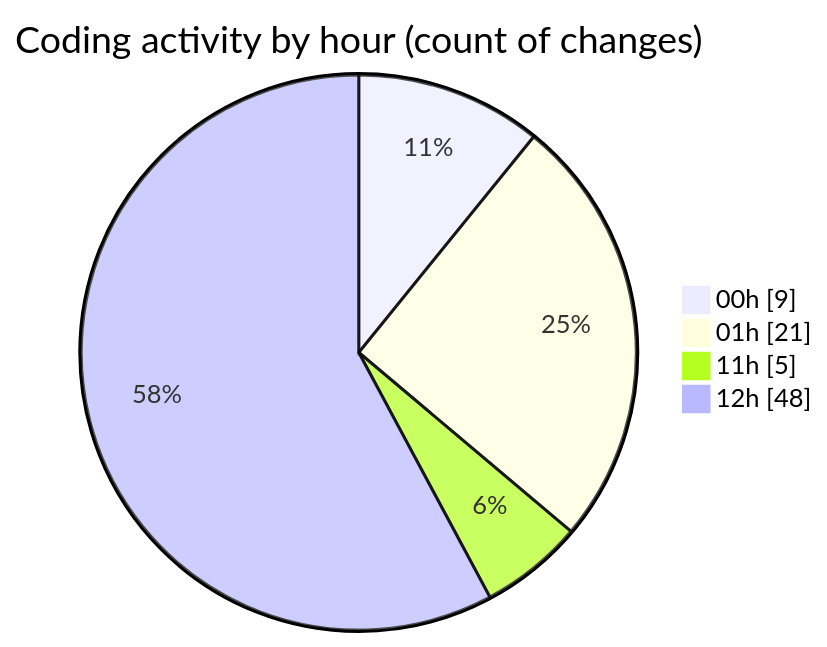
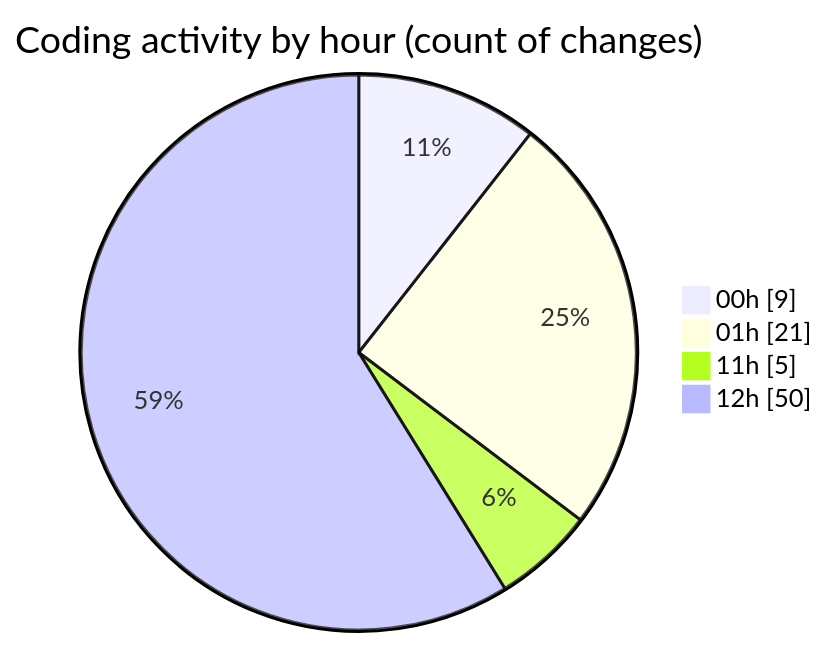
Before and after one commit to nxtqubesakshisongat/code-tracking: the second of 2 diagrams in 2025-10-25/javacript/README.md, drawn with Mermaid. The commit also changed other lines of this file and 1 other file, not shown here.

````diff
--- a/2025-10-25/javacript/README.md
+++ b/2025-10-25/javacript/README.md
@@ -31,8 +31,8 @@
 ```mermaid
 pie showData
 title Coding activity by hour (count of changes)
 "00h" : 9
 "01h" : 21
 "11h" : 5
-"12h" : 48
+"12h" : 50
 ```
````
